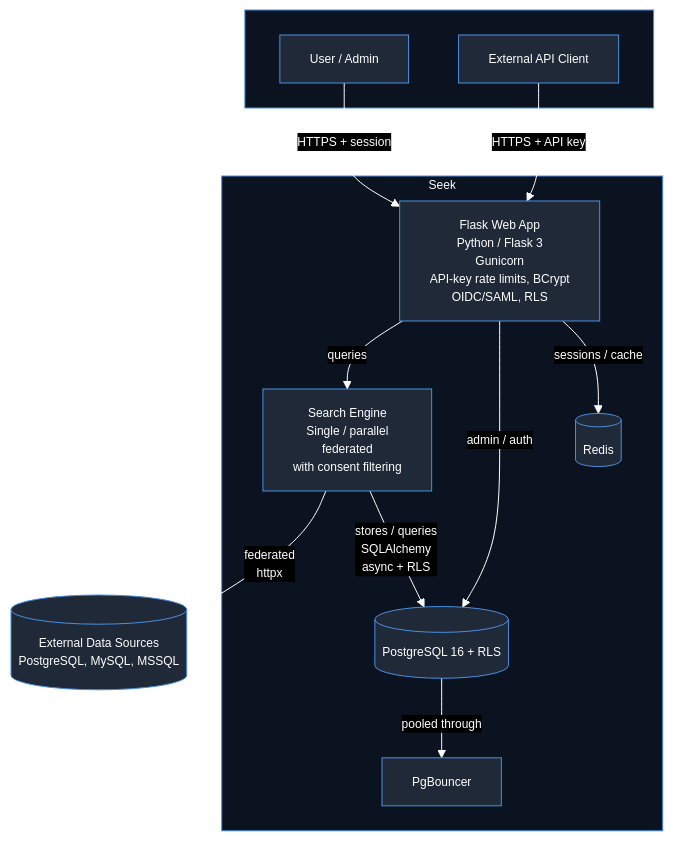
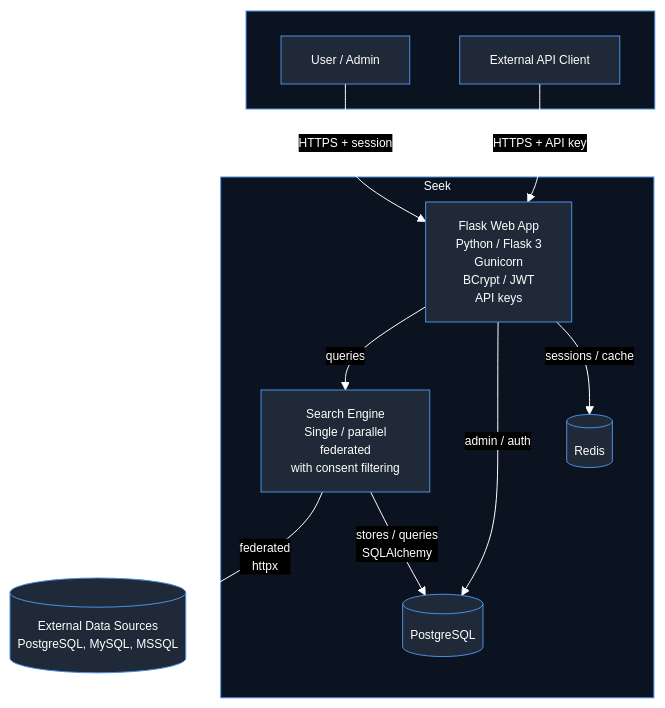
One commit to adam-scholey/adam-scholey.github.io changed the diagram in diagrams/seek.mmd. Above: the diagram before and after it, drawn with Mermaid. The commit also changed 3 other files, not shown here.

First line of the commit message:
Update project diagrams and tags

```diff
--- a/diagrams/seek.mmd
+++ b/diagrams/seek.mmd
@@ -1,25 +1,23 @@
 %%{init: {"theme":"base","themeVariables":{"darkMode":true,"background":"#0d1117","primaryColor":"#1f2937","primaryTextColor":"#ffffff","primaryBorderColor":"#4a90e2","secondaryColor":"#111827","secondaryTextColor":"#ffffff","secondaryBorderColor":"#4a90e2","tertiaryColor":"#0b1220","tertiaryTextColor":"#ffffff","tertiaryBorderColor":"#4a90e2","lineColor":"#ffffff","arrowheadColor":"#ffffff","textColor":"#ffffff","fontSize":"12px"}}}%%
 flowchart TB
     subgraph Client[" "]
         user[User / Admin]
         api[External API Client]
     end
 
     subgraph Seek["Seek"]
-        flask[Flask Web App<br/>Python / Flask 3<br/>Gunicorn<br/>API-key rate limits, BCrypt<br/>OIDC/SAML, RLS]
+        flask[Flask Web App<br/>Python / Flask 3<br/>Gunicorn<br/>BCrypt / JWT<br/>API keys]
         search[Search Engine<br/>Single / parallel<br/>federated<br/>with consent filtering]
-        pg[(PostgreSQL 16 + RLS)]
+        pg[(PostgreSQL)]
         redis[(Redis)]
-        pgb[PgBouncer]
     end
 
     sources[(External Data Sources<br/>PostgreSQL, MySQL, MSSQL)]
 
     user -->|HTTPS + session| flask
     api -->|HTTPS + API key| flask
     flask -->|queries| search
     search -->|federated<br/>httpx| sources
-    search -->|stores / queries<br/>SQLAlchemy<br/>async + RLS| pg
+    search -->|stores / queries<br/>SQLAlchemy| pg
     flask -->|admin / auth| pg
     flask -->|sessions / cache| redis
-    pg -->|pooled through| pgb
```
